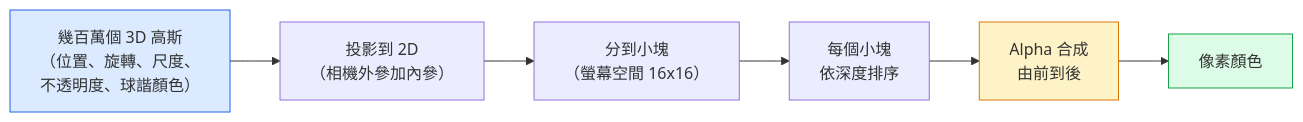
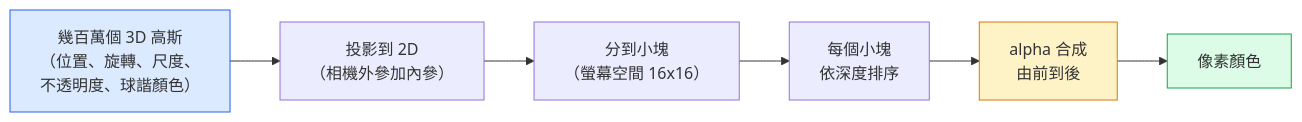
One commit to edward821220/ai-engineering-from-scratch changed the diagram in i18n/zh-TW/phases/04-computer-vision/22-3d-gaussian-splatting/docs/zh-TW.md. Above: the diagram before and after it, drawn with Mermaid. The commit also changed other lines of this file, not shown here.

````diff
--- a/i18n/zh-TW/phases/04-computer-vision/22-3d-gaussian-splatting/docs/zh-TW.md
+++ b/i18n/zh-TW/phases/04-computer-vision/22-3d-gaussian-splatting/docs/zh-TW.md
@@ -45,12 +45,12 @@
 ```mermaid
 flowchart LR
     SCENE["幾百萬個 3D 高斯<br/>（位置、旋轉、尺度、<br/>不透明度、球諧顏色）"] --> PROJ["投影到 2D<br/>（相機外參加內參）"]
     PROJ --> TILES["分到小塊<br/>（螢幕空間 16x16）"]
     TILES --> SORT["每個小塊<br/>依深度排序"]
-    SORT --> ALPHA["Alpha 合成<br/>由前到後"]
+    SORT --> ALPHA["alpha 合成<br/>由前到後"]
     ALPHA --> PIX["像素顏色"]
 
     style SCENE fill:#dbeafe,stroke:#2563eb
     style ALPHA fill:#fef3c7,stroke:#d97706
     style PIX fill:#dcfce7,stroke:#16a34a
 ```
````
